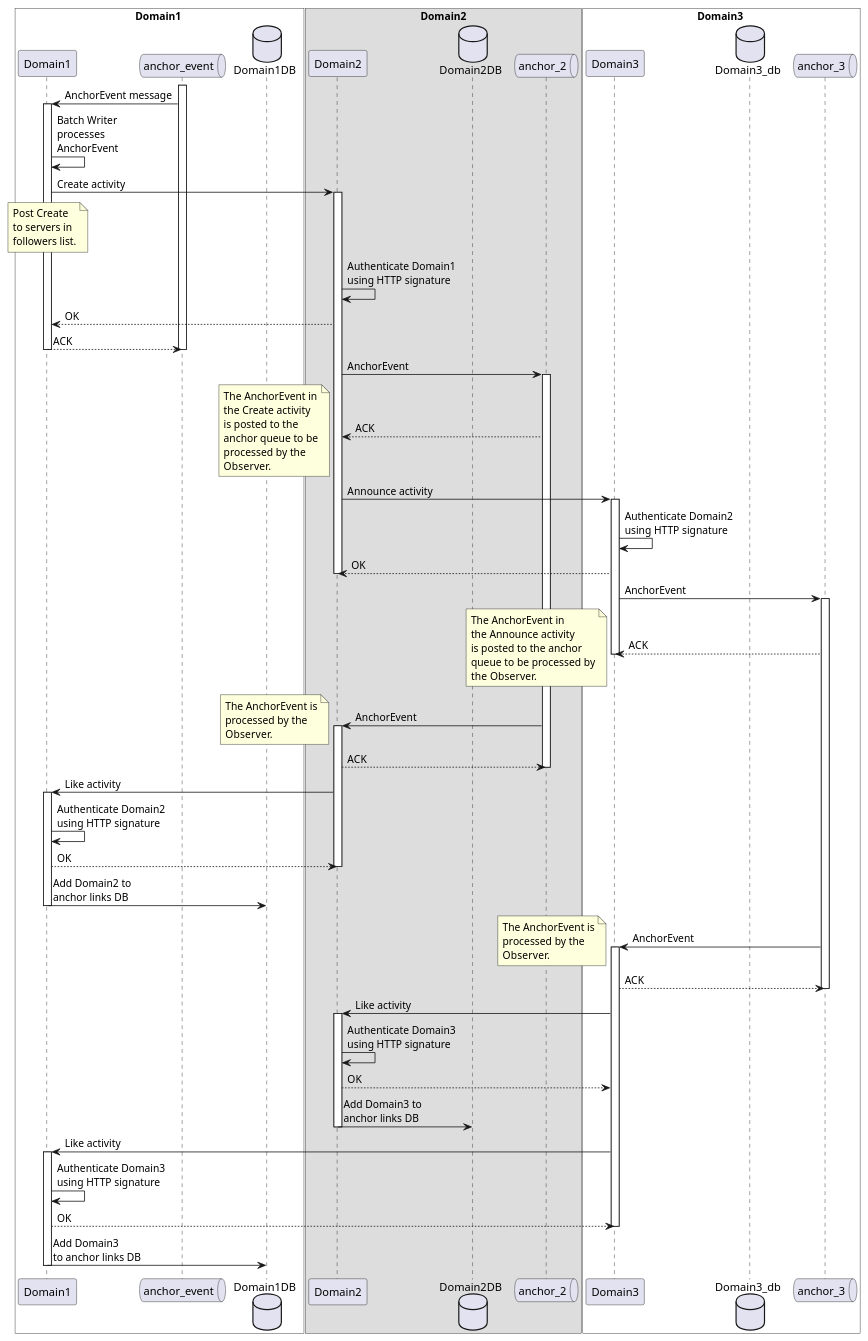
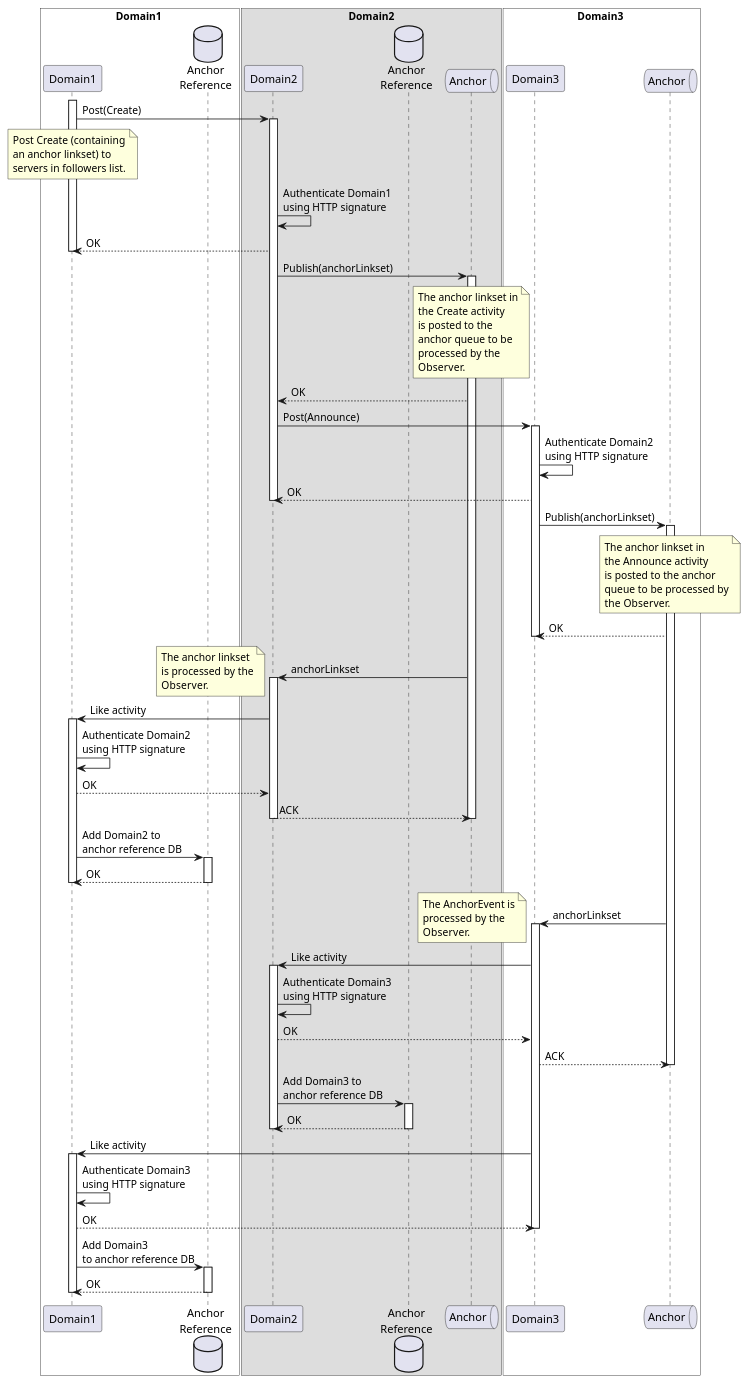
One commit to trustbloc/docs changed the diagram in readthedocs/source/orb/diagrams/ap-create-announce.puml. Above: the diagram before and after it, drawn with PlantUML. The commit also changed 13 other files, not shown here.

First line of the commit message:
docs: Docs for Observer and Batch Writer

```diff
--- a/readthedocs/source/orb/diagrams/ap-create-announce.puml
+++ b/readthedocs/source/orb/diagrams/ap-create-announce.puml
@@ -1,144 +1,142 @@
 @startuml
 'https://plantuml.com/sequence-diagram
 
 box Domain1 #White
 participant Domain1
-queue anchor_event
-database Domain1DB
+database "Anchor\nReference" as Domain1DB
 end box
 
 box Domain2
 participant Domain2
-database Domain2DB
-queue anchor_2
+database "Anchor\nReference" as Domain2DB
+queue "Anchor" as anchor_2
 end box
 
 box Domain3 #White
 participant Domain3
-database Domain3_db
-queue anchor_3
+queue "Anchor" as anchor_3
 end box
 
-activate anchor_event
-anchor_event -> Domain1: AnchorEvent message
-
 activate Domain1
-Domain1 -> Domain1: Batch Writer\nprocesses\nAnchorEvent
-Domain1 -> Domain2: Create activity
+Domain1 -> Domain2: Post(Create)
 note over Domain1
-Post Create
-to servers in
-followers list.
+Post Create (containing
+an anchor linkset) to
+servers in followers list.
 end note
 
 activate Domain2
 Domain2 -> Domain2: Authenticate Domain1\nusing HTTP signature
 Domain2 --> Domain1: OK
 
-Domain1 --> anchor_event:ACK
-
-deactivate anchor_event
-
 deactivate Domain1
 
-Domain2 -> anchor_2: AnchorEvent
+Domain2 -> anchor_2: Publish(anchorLinkset)
 
-activate anchor_2
-
-anchor_2 --> Domain2: ACK
-
-note left
-The AnchorEvent in
+note over anchor_2
+The anchor linkset in
 the Create activity
 is posted to the
 anchor queue to be
 processed by the
 Observer.
 end note
 
-Domain2 -> Domain3: Announce activity
+activate anchor_2
+
+anchor_2 --> Domain2: OK
+
+Domain2 -> Domain3: Post(Announce)
 
 activate Domain3
 
 Domain3 -> Domain3: Authenticate Domain2\nusing HTTP signature
 Domain3 --> Domain2: OK
 
 deactivate Domain2
 
-Domain3 -> anchor_3: AnchorEvent
+Domain3 -> anchor_3: Publish(anchorLinkset)
 
 activate anchor_3
-anchor_3 --> Domain3: ACK
 
-deactivate Domain3
-
-note left
-The AnchorEvent in
+note over anchor_3
+The anchor linkset in
 the Announce activity
 is posted to the anchor
 queue to be processed by
 the Observer.
 end note
+anchor_3 --> Domain3: OK
 
-anchor_2 -> Domain2: AnchorEvent
+deactivate Domain3
+
+anchor_2 -> Domain2: anchorLinkset
 
 note left
-The AnchorEvent is
-processed by the
+The anchor linkset
+is processed by the
 Observer.
 end note
 
 activate Domain2
-
-Domain2 --> anchor_2: ACK
-
-deactivate anchor_2
 
 Domain2 -> Domain1: Like activity
 
 activate Domain1
 Domain1 -> Domain1: Authenticate Domain2\nusing HTTP signature
 Domain1 --> Domain2: OK
 
+Domain2 --> anchor_2: ACK
+
+deactivate anchor_2
+
 deactivate Domain2
 
-Domain1 -> Domain1DB: Add Domain2 to\nanchor links DB
+Domain1 -> Domain1DB: Add Domain2 to\nanchor reference DB
+activate Domain1DB
+Domain1DB --> Domain1: OK
+deactivate Domain1DB
 deactivate Domain1
 
-anchor_3 -> Domain3: AnchorEvent
+anchor_3 -> Domain3: anchorLinkset
 
 activate Domain3
 
 note left
 The AnchorEvent is
 processed by the
 Observer.
 end note
 
-Domain3 --> anchor_3: ACK
-
-deactivate anchor_3
-
 Domain3 -> Domain2: Like activity
 
 activate Domain2
 
 Domain2 -> Domain2: Authenticate Domain3\nusing HTTP signature
 Domain2 --> Domain3: OK
 
-Domain2 -> Domain2DB: Add Domain3 to\nanchor links DB
+Domain3 --> anchor_3: ACK
 
+deactivate anchor_3
+
+Domain2 -> Domain2DB: Add Domain3 to\nanchor reference DB
+activate Domain2DB
+Domain2DB --> Domain2: OK
+deactivate Domain2DB
 deactivate Domain2
 
 Domain3 -> Domain1: Like activity
 
 activate Domain1
 Domain1 -> Domain1: Authenticate Domain3\nusing HTTP signature
 Domain1 --> Domain3: OK
 
 deactivate Domain3
 
-Domain1 -> Domain1DB: Add Domain3\nto anchor links DB
+Domain1 -> Domain1DB: Add Domain3\nto anchor reference DB
+activate Domain1DB
+Domain1DB --> Domain1: OK
+deactivate Domain1DB
 deactivate Domain1
 
 @enduml
```
